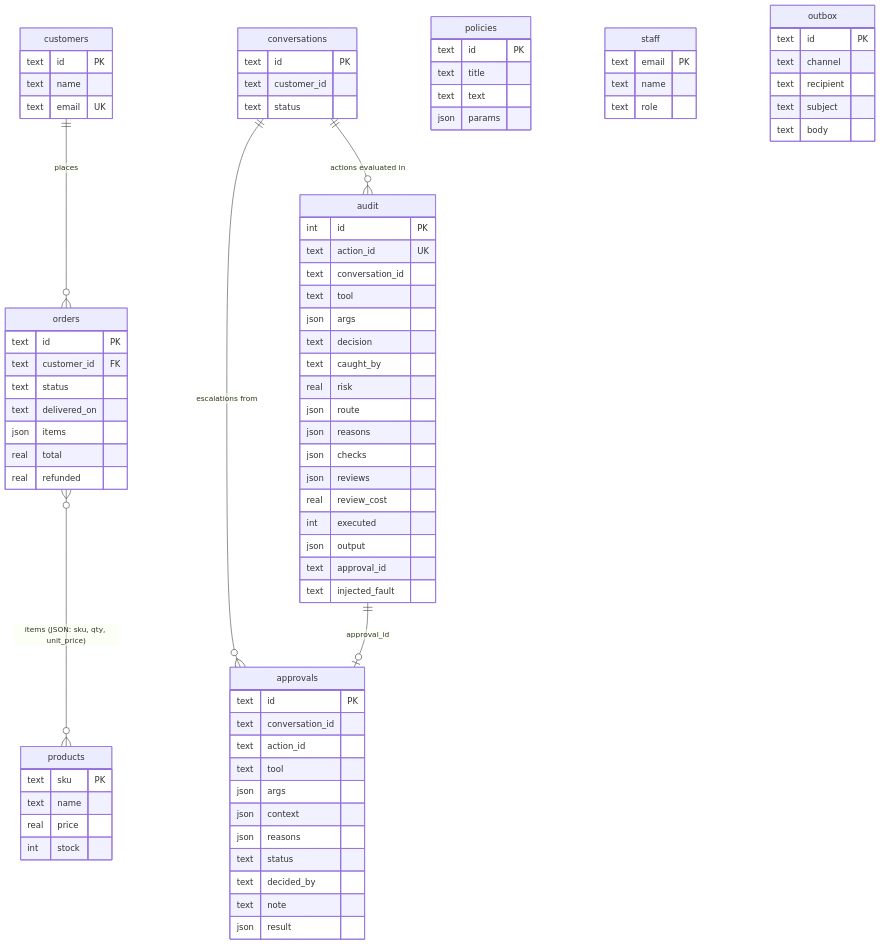
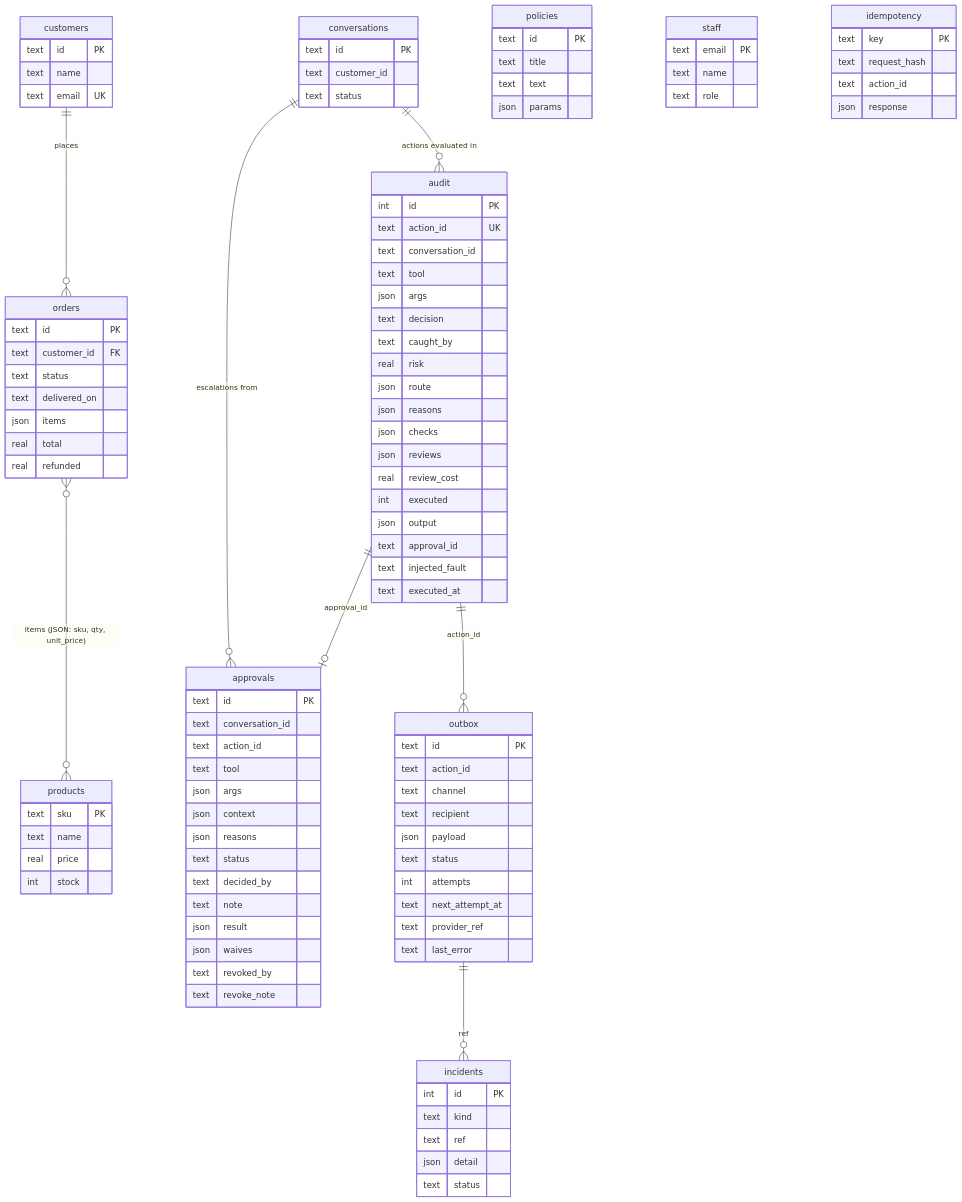
The seventh of 8 diagrams in docs/ARCHITECTURE.md (Prathu241/Guardrail), drawn with Mermaid before and after one commit. The commit also changed other lines of this file and 8 other files, not shown here.

First line of the commit message:
Three-act demo and updated architecture, hardening and README docs

````diff
--- a/docs/ARCHITECTURE.md
+++ b/docs/ARCHITECTURE.md
@@ -282,6 +358,8 @@
     conversations ||--o{ audit : "actions evaluated in"
     conversations ||--o{ approvals : "escalations from"
     audit ||--o| approvals : "approval_id"
+    audit ||--o{ outbox : "action_id"
+    outbox ||--o{ incidents : "ref"
 
     customers {
         text id PK
@@ -337,6 +415,7 @@
         json output
         text approval_id
         text injected_fault
+        text executed_at
     }
     approvals {
         text id PK
@@ -350,12 +429,33 @@
         text decided_by
         text note
         json result
+        json waives
+        text revoked_by
+        text revoke_note
     }
     outbox {
         text id PK
+        text action_id
         text channel
         text recipient
-        text subject
-        text body
+        json payload
+        text status
+        int attempts
+        text next_attempt_at
+        text provider_ref
+        text last_error
+    }
+    incidents {
+        int id PK
+        text kind
+        text ref
+        json detail
+        text status
+    }
+    idempotency {
+        text key PK
+        text request_hash
+        text action_id
+        json response
     }
 ```
````
